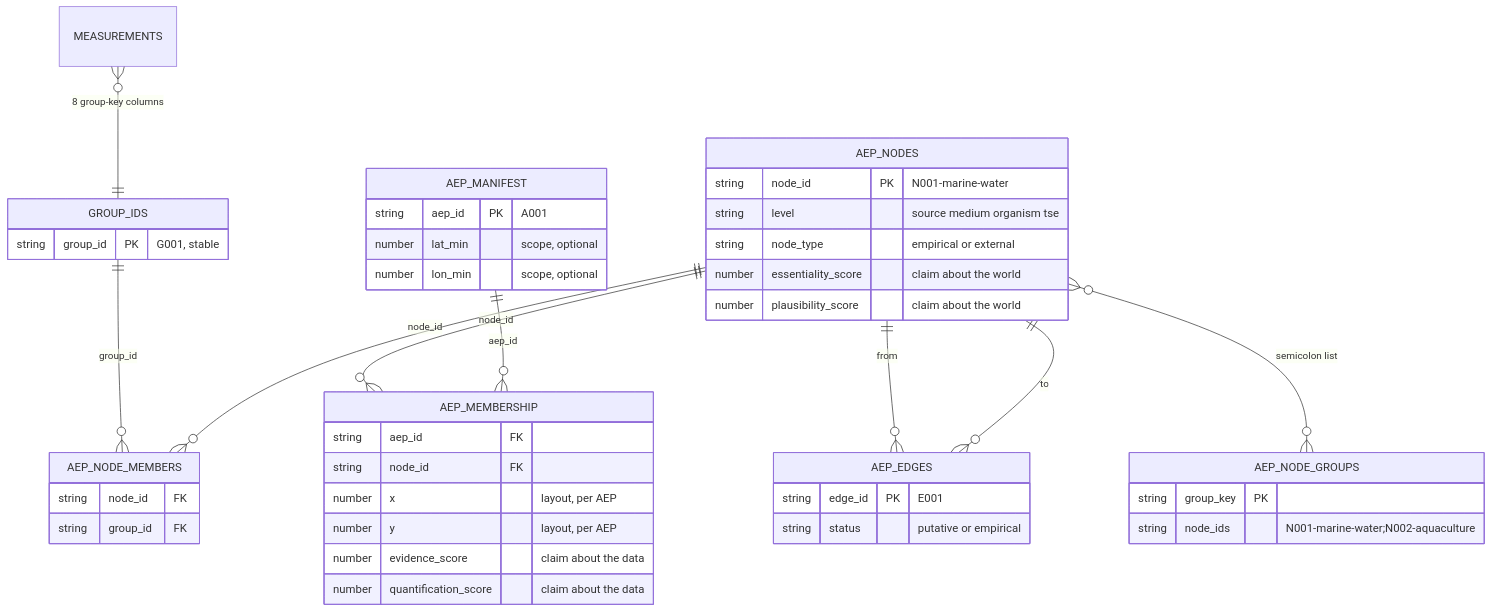
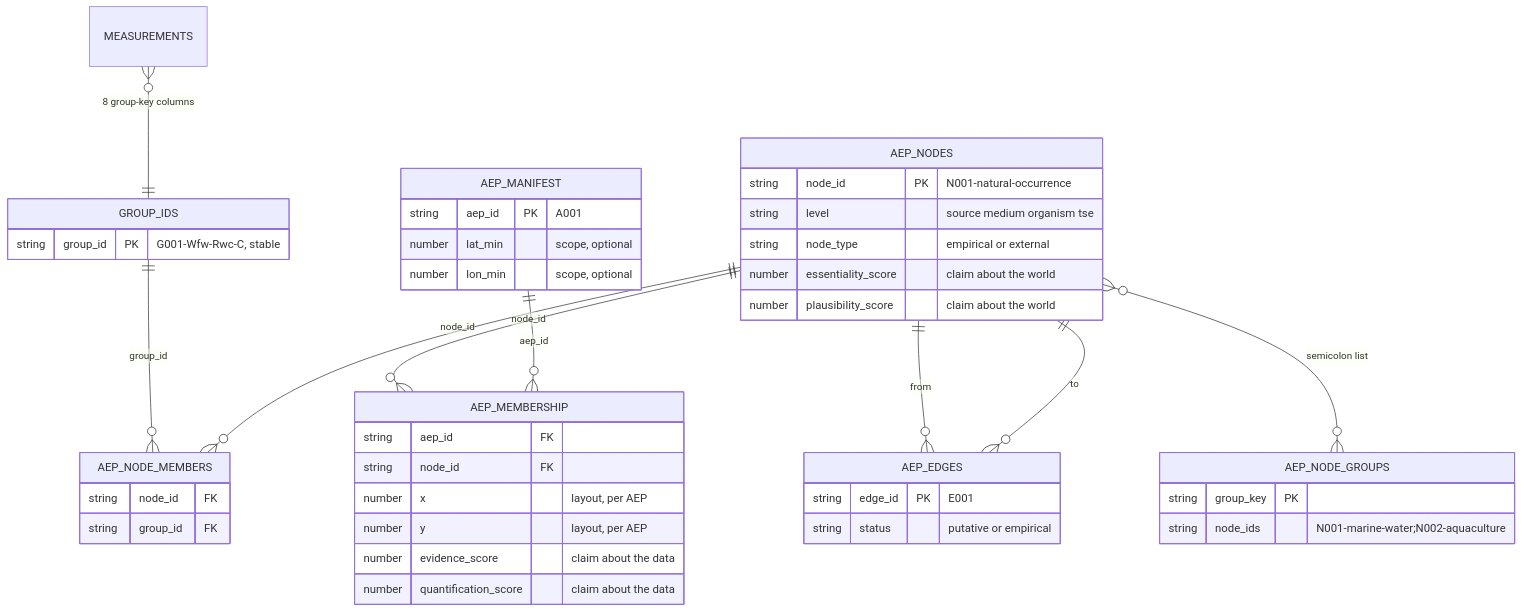
Before and after one commit to sawelch-NIVA/EXPECT_AEP_R_Project: the first of 3 diagrams in docs/AP05-aep.qmd, drawn with Mermaid. The commit also changed 68 other files, not shown here.

````diff
--- a/docs/AP05-aep.qmd
+++ b/docs/AP05-aep.qmd
@@ -70,49 +70,49 @@
 ```{mermaid}
 %%| label: fig-aep-schema
 %%| fig-cap: "The AEP data model. `||` is exactly one, `o{` is zero or more. The two boxes at the top are not part of this layer: `group_ids` is the stable ledger from `data/clean/decisions/`, and the measurement rows are `literature_analysis_ready`."
 erDiagram
     MEASUREMENTS }o--|| GROUP_IDS : "8 group-key columns"
     GROUP_IDS ||--o{ AEP_NODE_MEMBERS : "group_id"
     AEP_NODES ||--o{ AEP_NODE_MEMBERS : "node_id"
     AEP_NODES ||--o{ AEP_MEMBERSHIP : "node_id"
     AEP_MANIFEST ||--o{ AEP_MEMBERSHIP : "aep_id"
     AEP_NODES ||--o{ AEP_EDGES : "from"
     AEP_NODES ||--o{ AEP_EDGES : "to"
     AEP_NODES }o--o{ AEP_NODE_GROUPS : "semicolon list"
 
     GROUP_IDS {
-        string group_id PK "G001, stable"
+        string group_id PK "G001-Wfw-Rwc-C, stable"
     }
     AEP_NODES {
-        string node_id PK "N001-marine-water"
+        string node_id PK "N001-natural-occurrence"
         string level "source medium organism tse"
         string node_type "empirical or external"
         number essentiality_score "claim about the world"
         number plausibility_score "claim about the world"
     }
     AEP_NODE_MEMBERS {
         string node_id FK
         string group_id FK
     }
     AEP_MANIFEST {
         string aep_id PK "A001"
         number lat_min "scope, optional"
         number lon_min "scope, optional"
     }
     AEP_MEMBERSHIP {
         string aep_id FK
         string node_id FK
         number x "layout, per AEP"
         number y "layout, per AEP"
         number evidence_score "claim about the data"
         number quantification_score "claim about the data"
     }
     AEP_EDGES {
         string edge_id PK "E001"
         string status "putative or empirical"
     }
     AEP_NODE_GROUPS {
         string group_key PK
         string node_ids "N001-marine-water;N002-aquaculture"
     }
 ```
````
